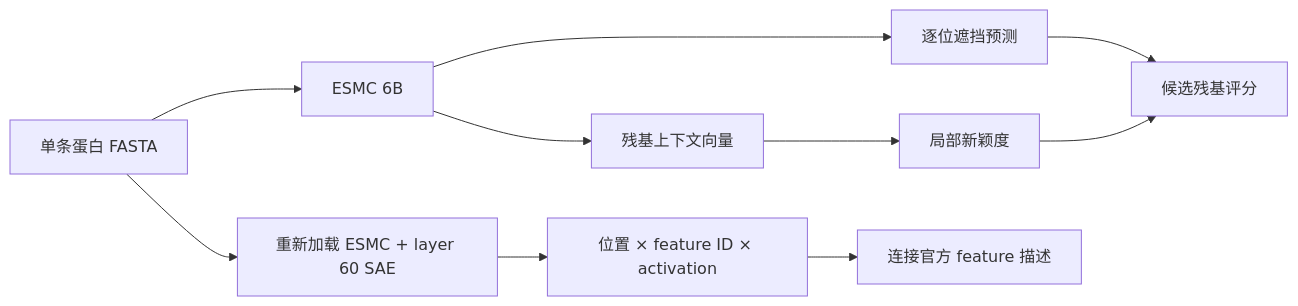
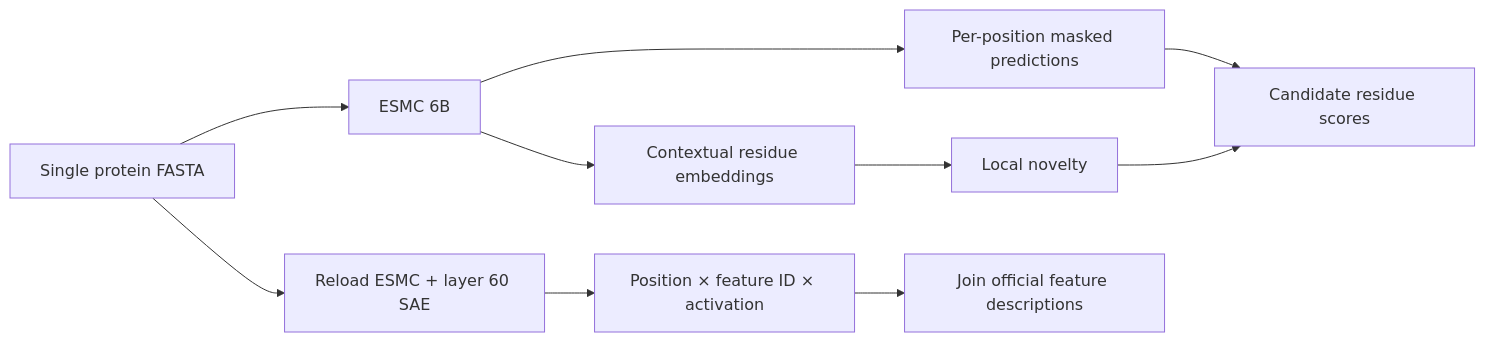
Before and after one commit to zephyvec12/esmc-sae-demo: the diagram in README.md, drawn with Mermaid. The commit also changed other lines of this file and 5 other files, not shown here.

````diff
--- a/README.md
+++ b/README.md
@@ -7,12 +9,12 @@
 ```mermaid
 flowchart LR
-    A[单条蛋白 FASTA] --> B[ESMC 6B]
-    B --> C[残基上下文向量]
-    B --> D[逐位遮挡预测]
-    C --> E[局部新颖度]
-    D --> F[候选残基评分]
+    A[Single protein FASTA] --> B[ESMC 6B]
+    B --> C[Contextual residue embeddings]
+    B --> D[Per-position masked predictions]
+    C --> E[Local novelty]
+    D --> F[Candidate residue scores]
     E --> F
-    A --> G[重新加载 ESMC + layer 60 SAE]
-    G --> H[位置 × feature ID × activation]
-    H --> I[连接官方 feature 描述]
+    A --> G[Reload ESMC + layer 60 SAE]
+    G --> H[Position × feature ID × activation]
+    H --> I[Join official feature descriptions]
 ```
````
